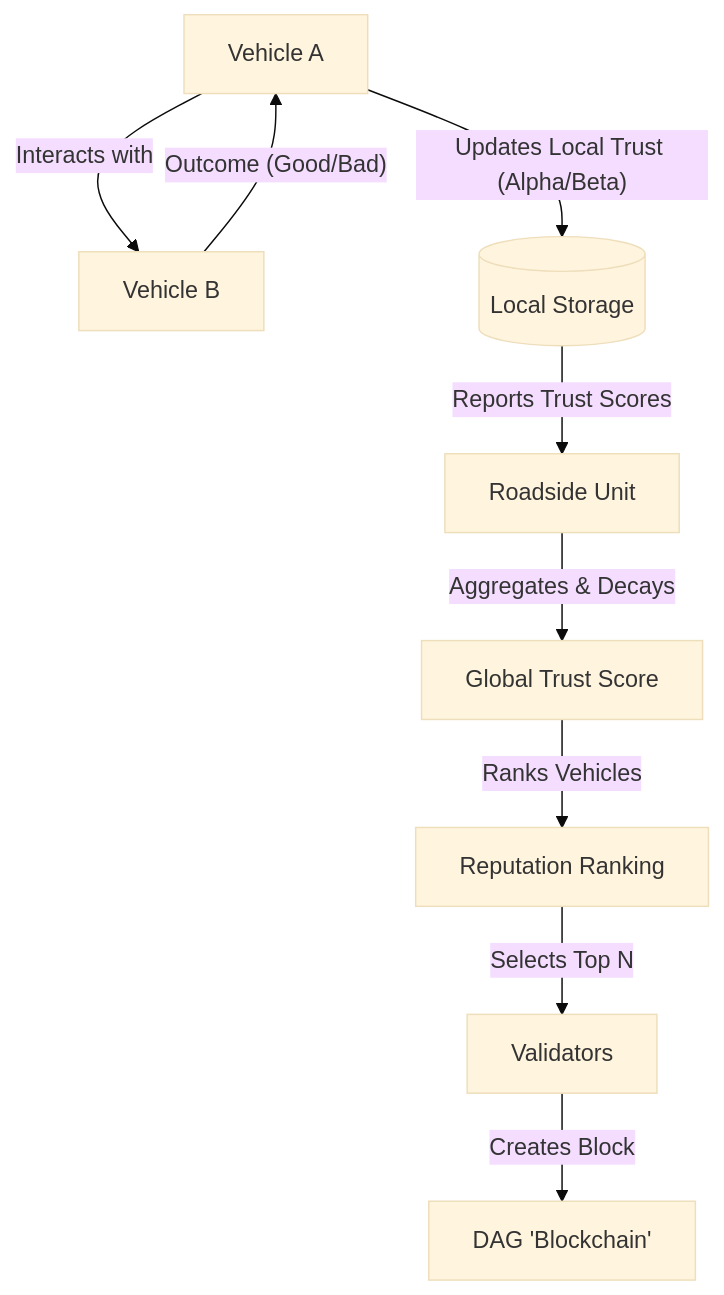
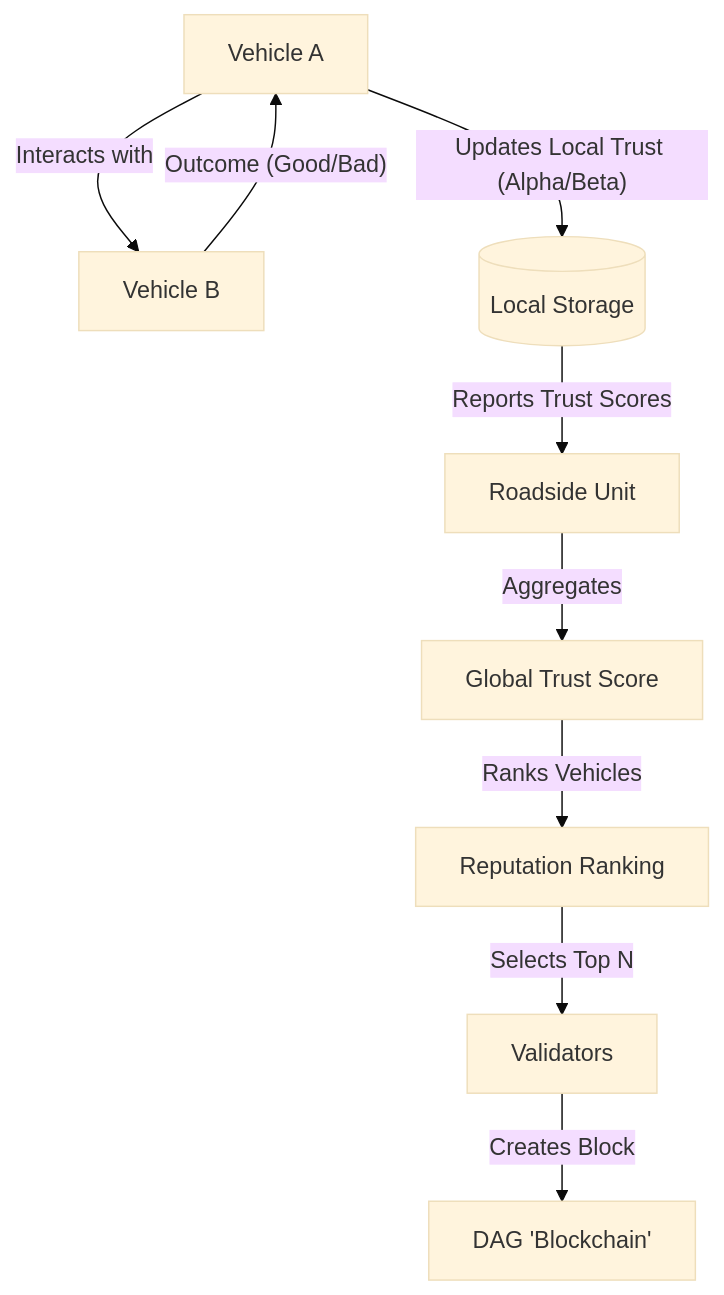
Before and after one commit to bhardwaj-kushagra/TDBFT: the diagram in docs/PROJECT_DOCUMENTATION.md, drawn with Mermaid (base theme). The commit also changed other lines of this file and 4 other files, not shown here.

````diff
--- a/docs/PROJECT_DOCUMENTATION.md
+++ b/docs/PROJECT_DOCUMENTATION.md
@@ -32,14 +32,14 @@
 ```mermaid
 graph TD
         A[Vehicle A] -- Interacts with --> B[Vehicle B]
         B -- Outcome (Good/Bad) --> A
         A -- Updates Local Trust (Alpha/Beta) --> DB[(Local Storage)]
     
         DB -- Reports Trust Scores --> RSU[Roadside Unit]
-        RSU -- Aggregates & Decays --> GT[Global Trust Score]
+        RSU -- Aggregates --> GT[Global Trust Score]
     
         GT -- Ranks Vehicles --> Rank[Reputation Ranking]
         Rank -- Selects Top N --> Val[Validators]
     
         Val -- Creates Block --> DAG[DAG 'Blockchain']
 ```
````
